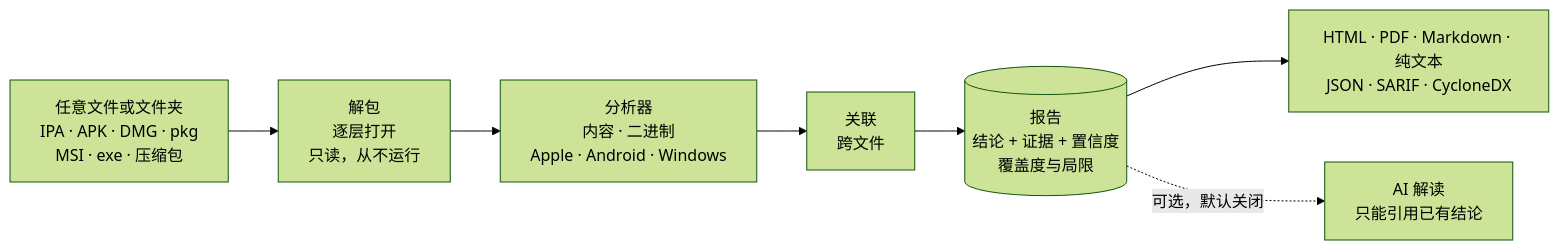
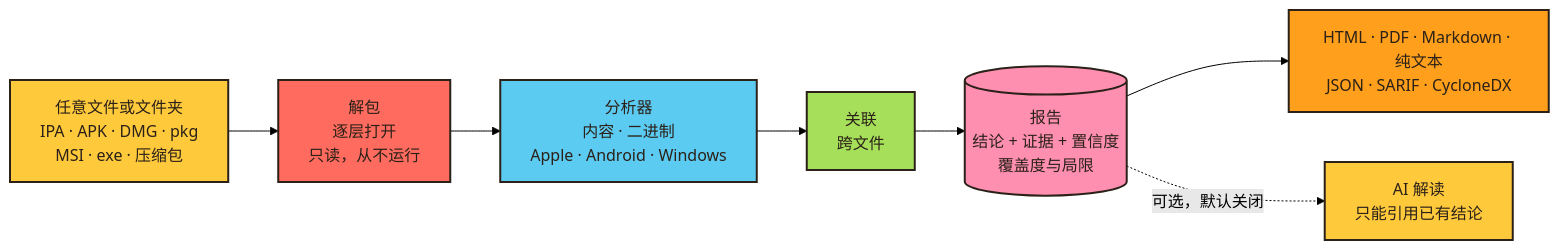
The first of 2 diagrams in README.zh-CN.md (atomsprout/analyze-anything), drawn with Mermaid (forest theme) before and after one commit. The commit also changed other lines of this file and 1 other file, not shown here.

Commit message:
README: the two diagrams run left to right, in the site's colours

````diff
--- a/README.zh-CN.md
+++ b/README.zh-CN.md
@@ -74,9 +74,15 @@
 ```mermaid
 flowchart LR
-  input["任意文件或文件夹<br/>IPA · APK · DMG · pkg<br/>MSI · exe · 压缩包"] --> unpack["解包<br/>逐层打开<br/>只读，从不运行"]
-  unpack --> analyze["分析器<br/>内容 · 二进制<br/>Apple · Android · Windows"]
-  analyze --> relate["关联<br/>跨文件"]
-  relate --> report[("报告<br/>结论 + 证据 + 置信度<br/>覆盖度与局限")]
-  report --> formats["HTML · PDF · Markdown · 纯文本<br/>JSON · SARIF · CycloneDX"]
-  report -. "可选，默认关闭" .-> ai["AI 解读<br/>只能引用已有结论"]
+  input["任意文件或文件夹<br/>IPA · APK · DMG · pkg<br/>MSI · exe · 压缩包"]:::sun --> unpack["解包<br/>逐层打开<br/>只读，从不运行"]:::coral
+  unpack --> analyze["分析器<br/>内容 · 二进制<br/>Apple · Android · Windows"]:::sky
+  analyze --> relate["关联<br/>跨文件"]:::lime
+  relate --> report[("报告<br/>结论 + 证据 + 置信度<br/>覆盖度与局限")]:::pink
+  report --> formats["HTML · PDF · Markdown · 纯文本<br/>JSON · SARIF · CycloneDX"]:::orange
+  report -. "可选，默认关闭" .-> ai["AI 解读<br/>只能引用已有结论"]:::sun
+  classDef sun fill:#ffc93c,stroke:#2b2118,stroke-width:2px,color:#2b2118;
+  classDef coral fill:#ff6b5e,stroke:#2b2118,stroke-width:2px,color:#2b2118;
+  classDef sky fill:#5ccbf2,stroke:#2b2118,stroke-width:2px,color:#2b2118;
+  classDef lime fill:#a6e05a,stroke:#2b2118,stroke-width:2px,color:#2b2118;
+  classDef pink fill:#ff8fb1,stroke:#2b2118,stroke-width:2px,color:#2b2118;
+  classDef orange fill:#ff9f1c,stroke:#2b2118,stroke-width:2px,color:#2b2118;
 ```
````
